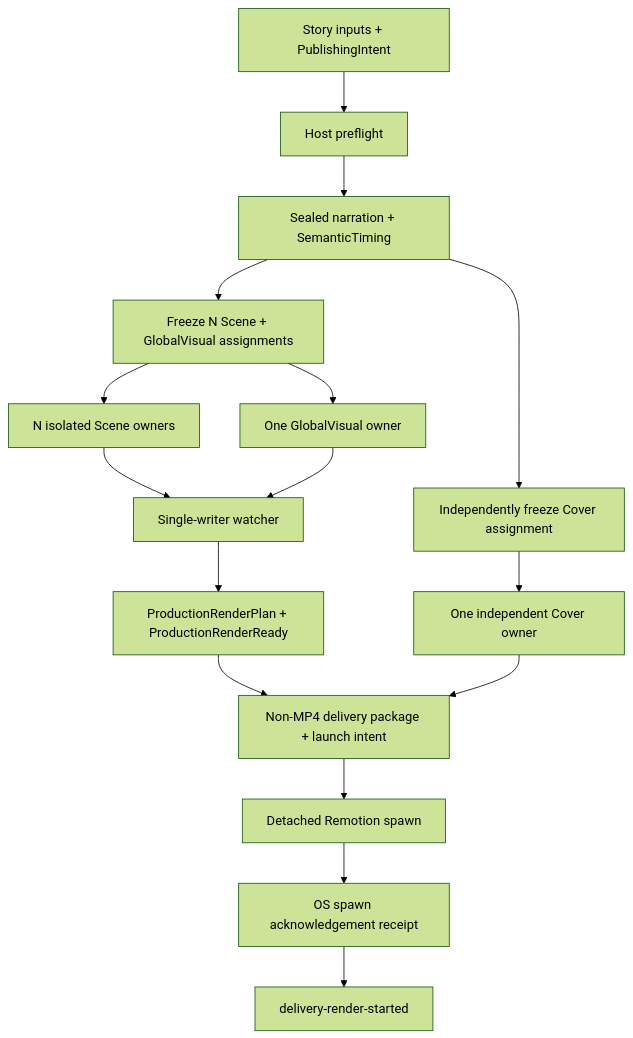
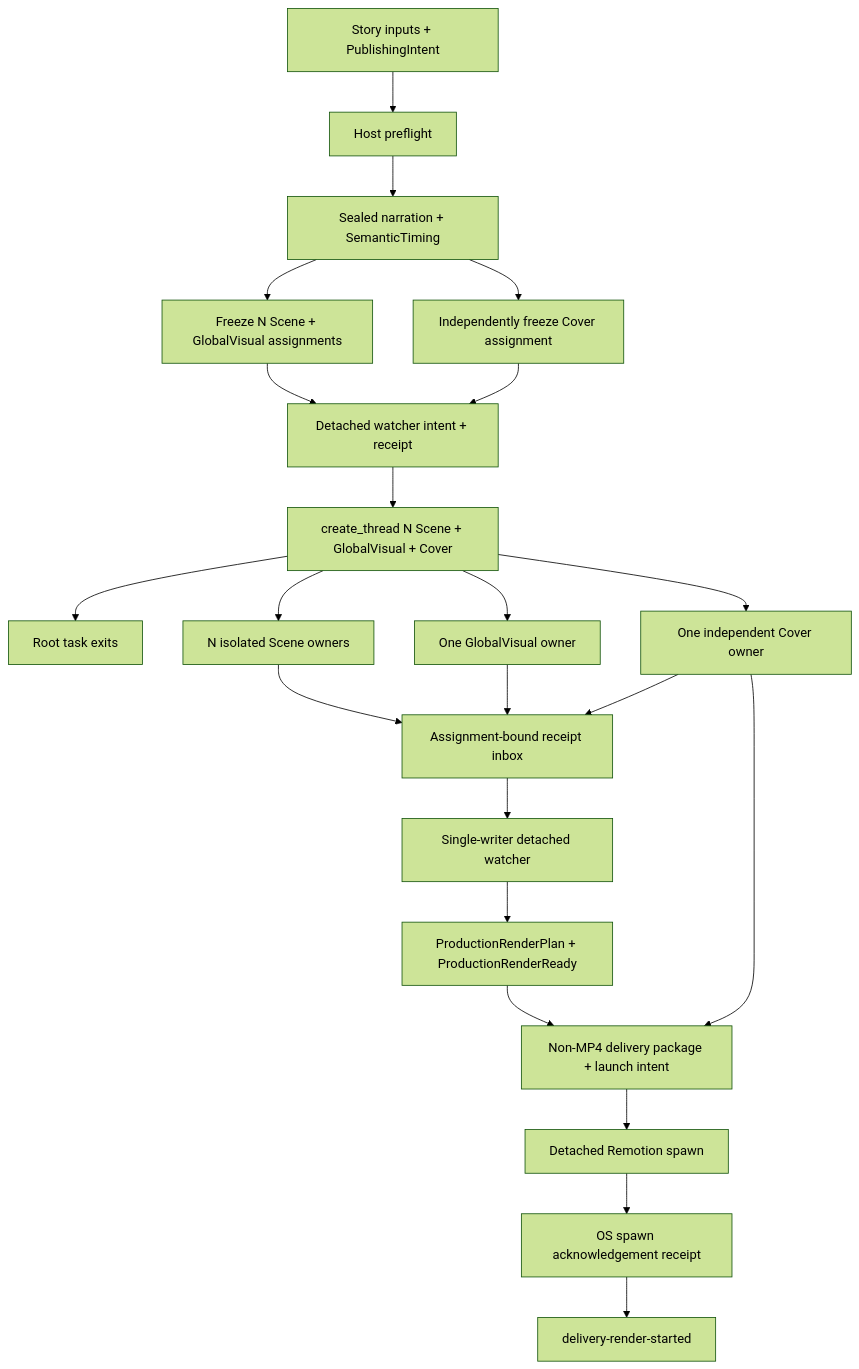
The diagram in docs/PRODUCTION_WORKFLOW.md (AXMORF/axmorf-studio), drawn with Mermaid (forest theme) before and after one commit. The commit also changed other lines of this file and 55 other files, not shown here.

Commit message:
feat(production): detach owner watcher workflow

````diff
--- a/docs/PRODUCTION_WORKFLOW.md
+++ b/docs/PRODUCTION_WORKFLOW.md
@@ -9,18 +9,24 @@
 ```mermaid
 flowchart TD
     Inputs["Story inputs + PublishingIntent"] --> Preflight["Host preflight"]
     Preflight --> Narrative["Sealed narration + SemanticTiming"]
     Narrative --> ProductionFreeze["Freeze N Scene + GlobalVisual assignments"]
     Narrative --> CoverFreeze["Independently freeze Cover assignment"]
-    ProductionFreeze --> Scenes["N isolated Scene owners"]
-    ProductionFreeze --> Global["One GlobalVisual owner"]
-    CoverFreeze --> Cover["One independent Cover owner"]
-    Scenes --> Watcher["Single-writer watcher"]
-    Global --> Watcher
+    ProductionFreeze --> WatchStart["Detached watcher intent + receipt"]
+    CoverFreeze --> WatchStart
+    WatchStart --> Dispatch["create_thread N Scene + GlobalVisual + Cover"]
+    Dispatch --> RootExit["Root task exits"]
+    Dispatch --> Scenes["N isolated Scene owners"]
+    Dispatch --> Global["One GlobalVisual owner"]
+    Dispatch --> Cover["One independent Cover owner"]
+    Scenes --> Inbox["Assignment-bound receipt inbox"]
+    Global --> Inbox
+    Cover --> Inbox
+    Inbox --> Watcher["Single-writer detached watcher"]
     Watcher --> Ready["ProductionRenderPlan + ProductionRenderReady"]
     Ready --> Package["Non-MP4 delivery package + launch intent"]
     Cover --> Package
     Package --> Spawn["Detached Remotion spawn"]
     Spawn --> Receipt["OS spawn acknowledgement receipt"]
     Receipt --> Endpoint["delivery-render-started"]
 ```
````
